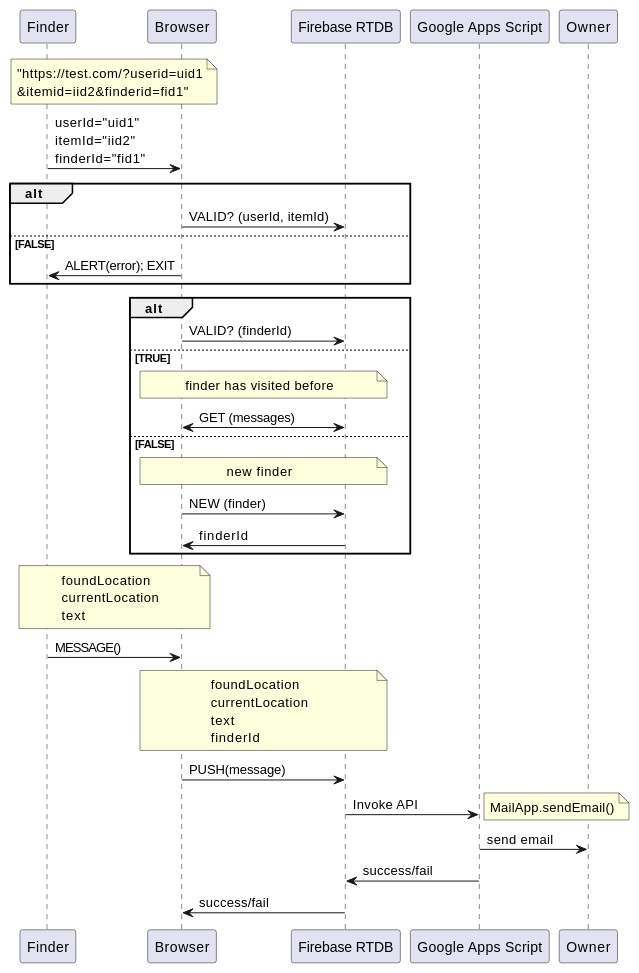
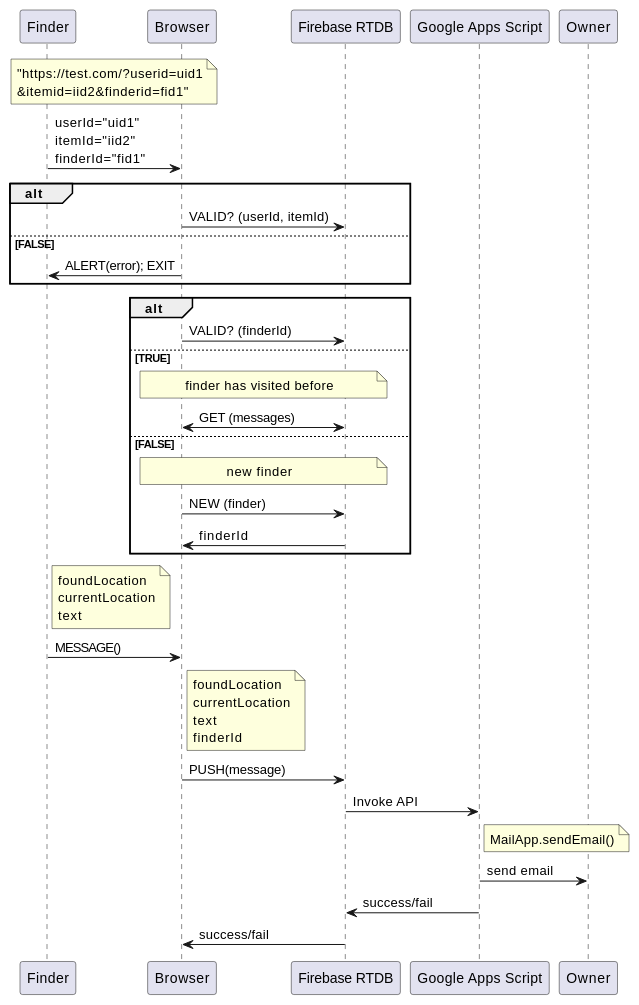
The first of 2 diagrams in README.md (BoronSpoon/qr-lost-and-found), drawn with PlantUML before and after one commit. The commit also changed other lines of this file, not shown here.

Commit message:
update uml

````diff
--- a/README.md
+++ b/README.md
@@ -4,34 +4,34 @@
 ```plantuml
 participant Finder as finder
 participant Browser as browser
-participant "Firebase RTDB" as firebase
+participant "Firebase RTDB" as db
 participant "Google Apps Script" as gas
 participant Owner as owner
 
 note over finder, browser: "https://test.com/?userid=uid1\n&itemid=iid2&finderid=fid1"
 finder->browser:userId="uid1"\nitemId="iid2"\nfinderId="fid1"
 alt 
-browser->firebase:VALID? (userId, itemId)
+browser->db:VALID? (userId, itemId)
 else FALSE
 finder<-browser:ALERT(error); EXIT
 end
 alt
-browser->firebase:VALID? (finderId)
+browser->db:VALID? (finderId)
 else TRUE
-note over browser, firebase:finder has visited before
-browser<->firebase:GET (messages)
+note over browser, db:finder has visited before
+browser<->db:GET (messages)
 else FALSE
-note over browser, firebase:new finder
-browser->firebase:NEW (finder)
-browser<-firebase:finderId
+note over browser, db:new finder
+browser->db:NEW (finder)
+browser<-db:finderId
 end
-note over finder, browser:foundLocation\ncurrentLocation\ntext
+note right of finder:foundLocation\ncurrentLocation\ntext
 finder->browser:MESSAGE()
-note over browser, firebase:foundLocation\ncurrentLocation\ntext\nfinderId
-browser->firebase:PUSH(message)
-firebase->gas: Invoke API
-note right: MailApp.sendEmail()
+note right of browser:foundLocation\ncurrentLocation\ntext\nfinderId
+browser->db:PUSH(message)
+db->gas: Invoke API
+note right of gas: MailApp.sendEmail()
 gas->owner: send email
-firebase<-gas: success/fail
-browser<-firebase: success/fail
+db<-gas: success/fail
+browser<-db: success/fail
 ```
````
